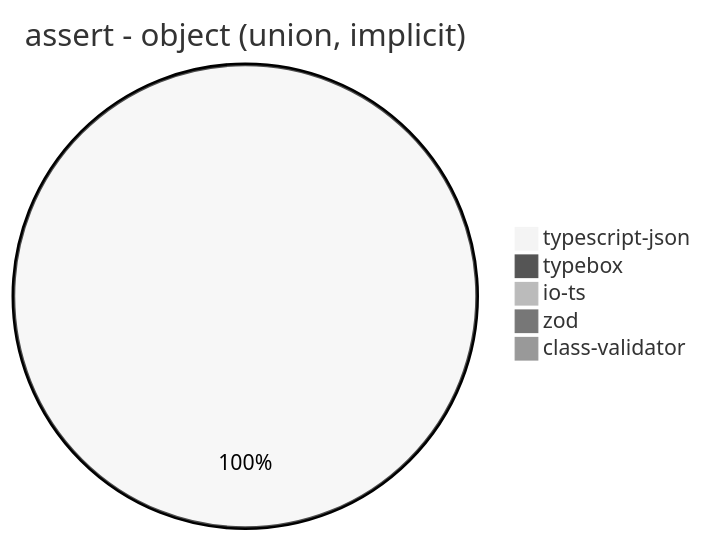
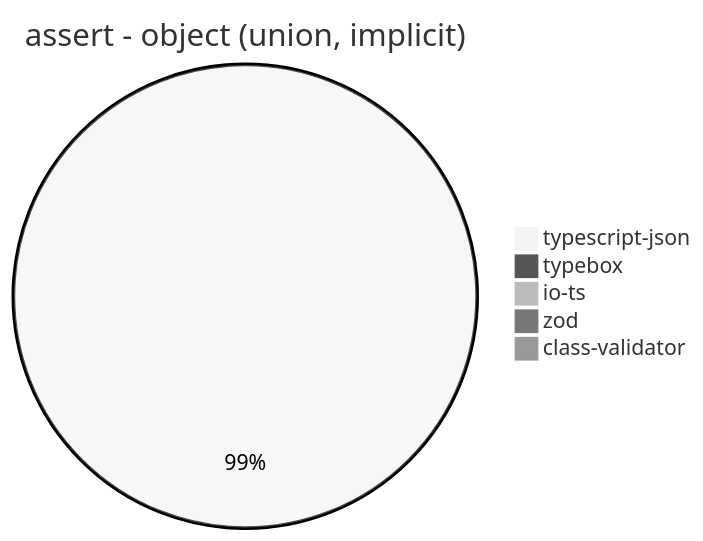
One commit to samchon/typia changed diagram 12 of 39 in benchmark/results/11th Gen Intel(R) Core(TM) i5-1135G7 @ 2.40GHz.md. Above: the diagram before and after it, drawn with Mermaid (neutral theme). The commit also changed other lines of this file and 6 other files, not shown here.

````diff
--- a/benchmark/results/11th Gen Intel(R) Core(TM) i5-1135G7 @ 2.40GHz.md
+++ b/benchmark/results/11th Gen Intel(R) Core(TM) i5-1135G7 @ 2.40GHz.md
@@ -156,8 +156,8 @@
 ```mermaid
 pie title assert - object (union, implicit)
-  "typescript-json": 4320.154468554616
+  "typescript-json": 4364.976958525346
   "typebox": 0
   "io-ts": 0
-  "zod": 0
-  "class-validator": 0
+  "zod": 19.65188096574958
+  "class-validator": 14.605120807789397
 ```
````
